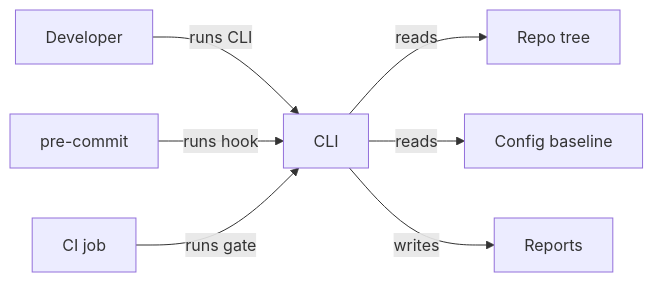
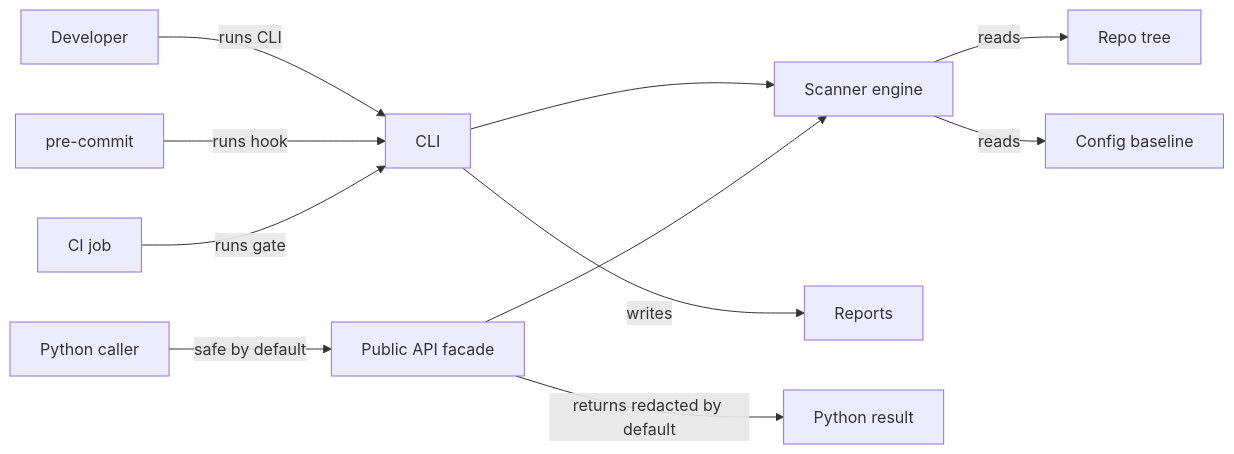
The diagram in docs/threat-model.md (stacknil/repo-sentinel-lite), drawn with Mermaid before and after one commit. The commit also changed other lines of this file and 4 other files, not shown here.

First line of the commit message:
feat(api): add secure-default Python scan facade (#46)

````diff
--- a/docs/threat-model.md
+++ b/docs/threat-model.md
@@ -95,9 +100,13 @@
 ```mermaid
 flowchart LR
   DEV["Developer"] -->|runs CLI| CLI["CLI"]
   PC["pre-commit"] -->|runs hook| CLI
   CI["CI job"] -->|runs gate| CLI
-  CLI -->|reads| REPO["Repo tree"]
-  CLI -->|reads| CFG["Config baseline"]
+  PY["Python caller"] -->|safe by default| API["Public API facade"]
+  CLI --> ENGINE["Scanner engine"]
+  API --> ENGINE
+  ENGINE -->|reads| REPO["Repo tree"]
+  ENGINE -->|reads| CFG["Config baseline"]
   CLI -->|writes| OUT["Reports"]
+  API -->|returns redacted by default| RESULT["Python result"]
 ```
````
